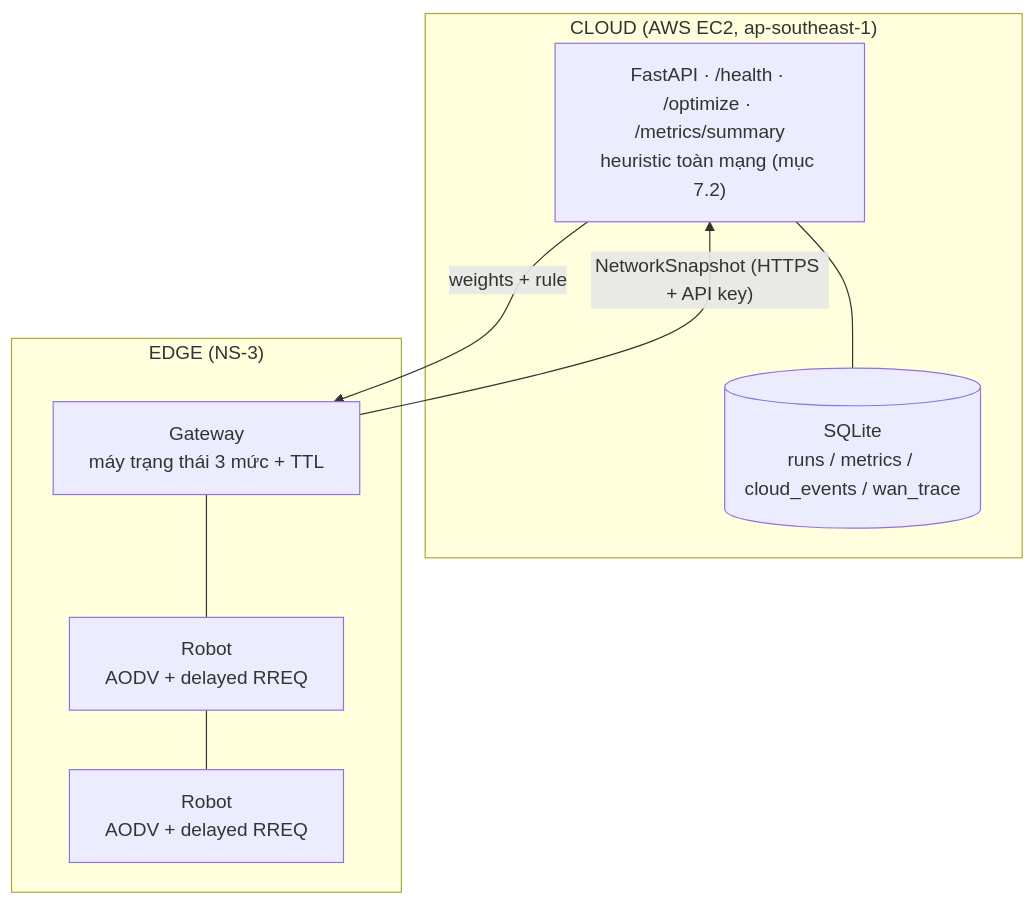
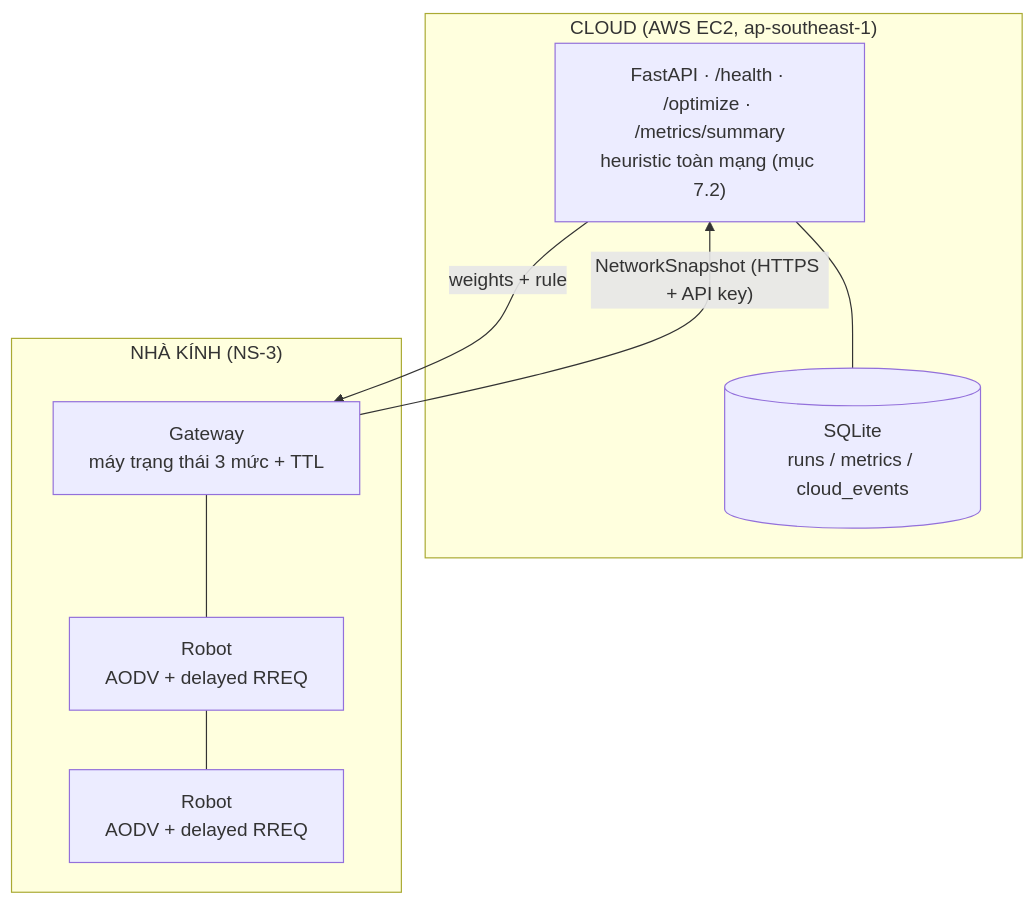
The diagram in README.md (duckluyencode/manet-greenhouse-cloud-NT131), drawn with Mermaid before and after one commit. The commit also changed other lines of this file and 23 other files, not shown here.

First line of the commit message:
feat(sim): run ns-3 and NetAnim on Ubuntu 24.04; drop the WAN trace

````diff
--- a/README.md
+++ b/README.md
@@ -22,18 +23,18 @@
 ```mermaid
 graph TB
     subgraph CLOUD["CLOUD (AWS EC2, ap-southeast-1)"]
         CS["FastAPI · /health · /optimize · /metrics/summary<br/>heuristic toàn mạng (mục 7.2)"]
-        DB[("SQLite<br/>runs / metrics / cloud_events / wan_trace")]
+        DB[("SQLite<br/>runs / metrics / cloud_events")]
         CS --- DB
     end
 
-    subgraph EDGE["EDGE (NS-3)"]
+    subgraph EDGE["NHÀ KÍNH (NS-3)"]
         GW["Gateway<br/>máy trạng thái 3 mức + TTL"]
         NA["Robot<br/>AODV + delayed RREQ"]
         NB["Robot<br/>AODV + delayed RREQ"]
         GW --- NA --- NB
     end
 
     GW -->|"NetworkSnapshot (HTTPS + API key)"| CS
     CS -->|"weights + rule"| GW
 ```
````
